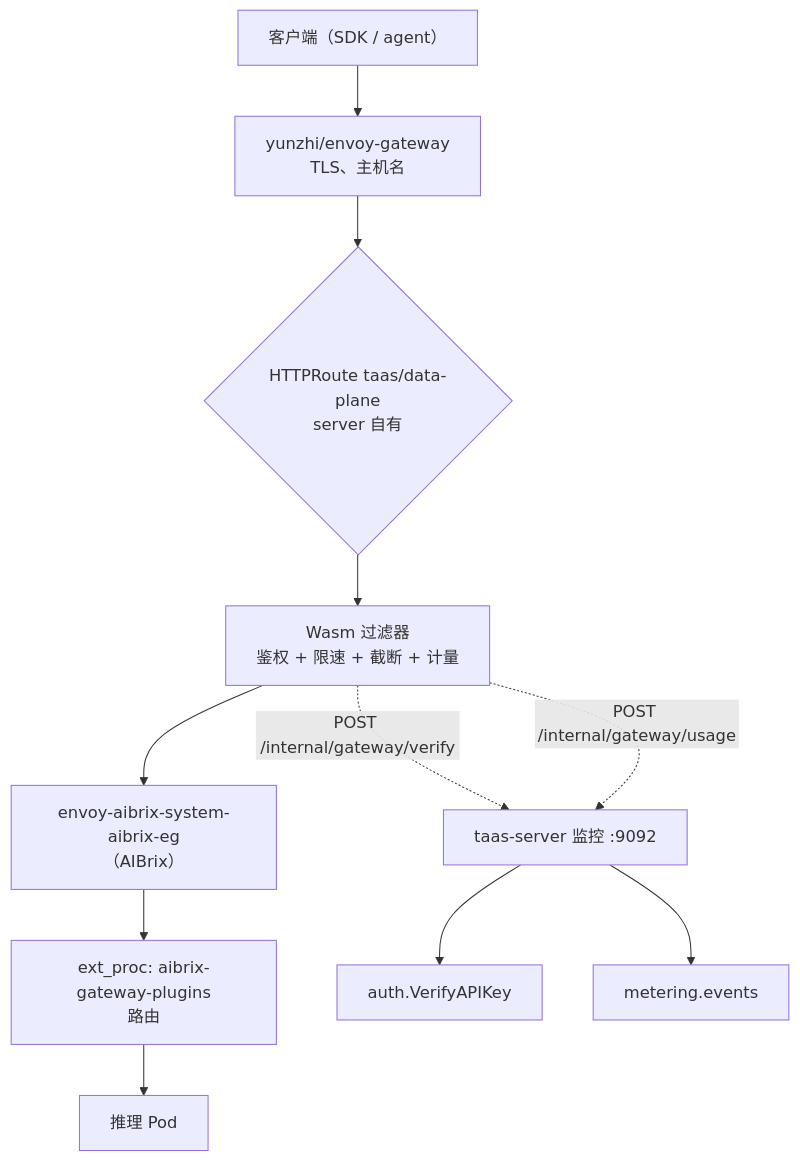
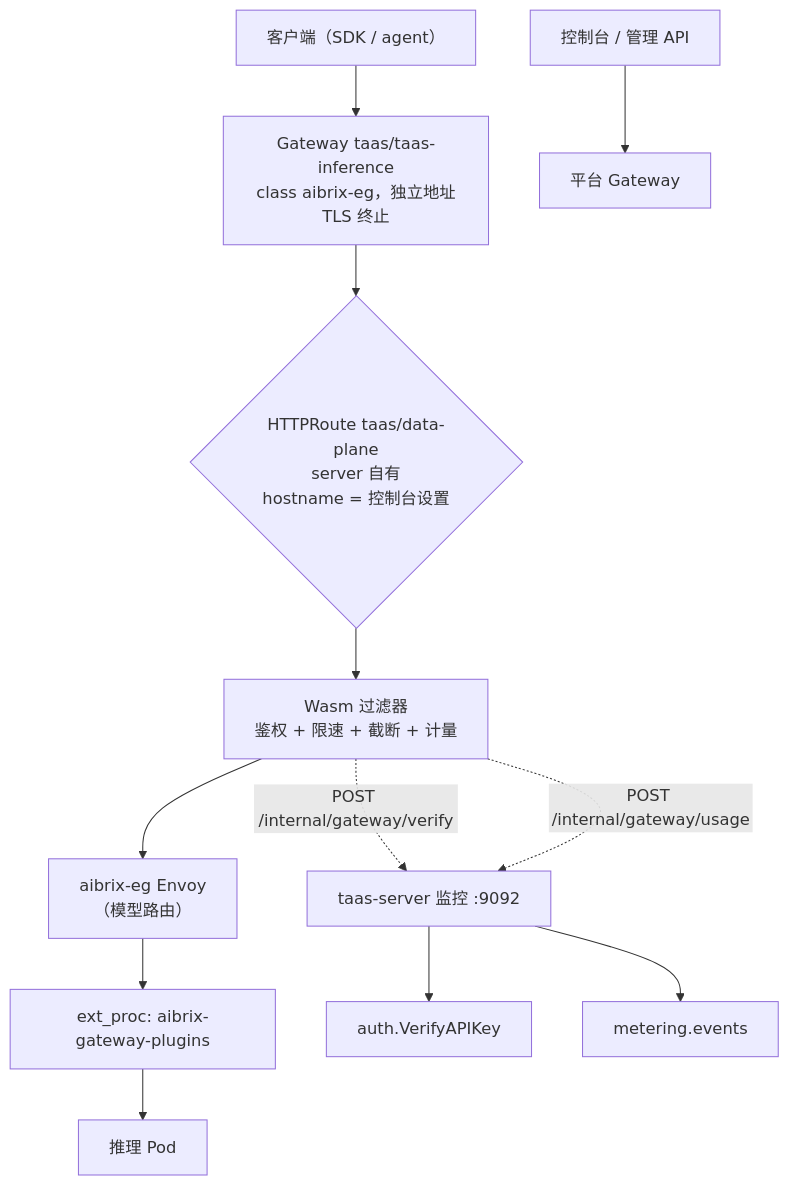
Before and after one commit to go-taas/go-taas: the first of 2 diagrams in site/docs/architecture/data-plane-gateway-plugin.zh-cn.md, drawn with Mermaid. The commit also changed other lines of this file and 6 other files, not shown here.

````diff
--- a/site/docs/architecture/data-plane-gateway-plugin.zh-cn.md
+++ b/site/docs/architecture/data-plane-gateway-plugin.zh-cn.md
@@ -55,13 +69,15 @@
 ```mermaid
 flowchart TD
-    C["客户端（SDK / agent）"] --> EG["yunzhi/envoy-gateway<br/>TLS、主机名"]
-    EG --> DP{"HTTPRoute taas/data-plane<br/>server 自有"}
+    C["客户端（SDK / agent）"] --> GW["Gateway taas/taas-inference<br/>class aibrix-eg，独立地址<br/>TLS 终止"]
+    GW --> DP{"HTTPRoute taas/data-plane<br/>server 自有<br/>hostname = 控制台设置"}
     DP --> WASM["Wasm 过滤器<br/>鉴权 + 限速 + 截断 + 计量"]
-    WASM --> AIB["envoy-aibrix-system-aibrix-eg<br/>（AIBrix）"]
-    AIB --> EXT["ext_proc: aibrix-gateway-plugins<br/>路由"]
+    WASM --> AIB["aibrix-eg Envoy<br/>（模型路由）"]
+    AIB --> EXT["ext_proc: aibrix-gateway-plugins"]
     EXT --> POD["推理 Pod"]
     WASM -.->|POST /internal/gateway/verify| API["taas-server 监控 :9092"]
     WASM -.->|POST /internal/gateway/usage| API
     API --> AUTH["auth.VerifyAPIKey"]
     API --> MQ["metering.events"]
+
+    CON["控制台 / 管理 API"] --> PGW["平台 Gateway"]
 ```
````
